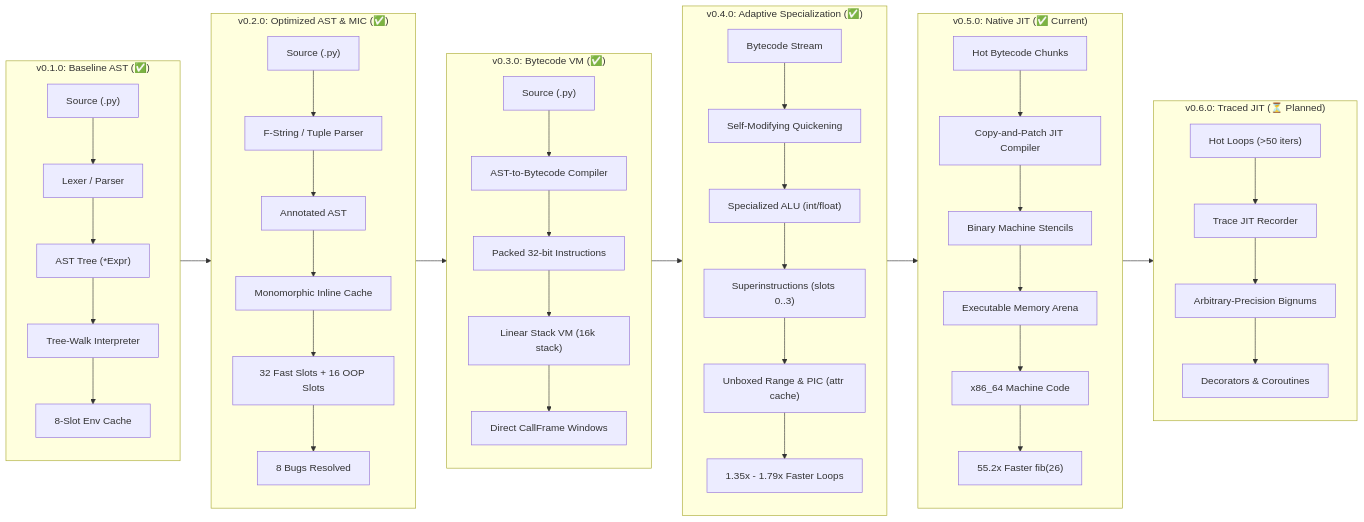
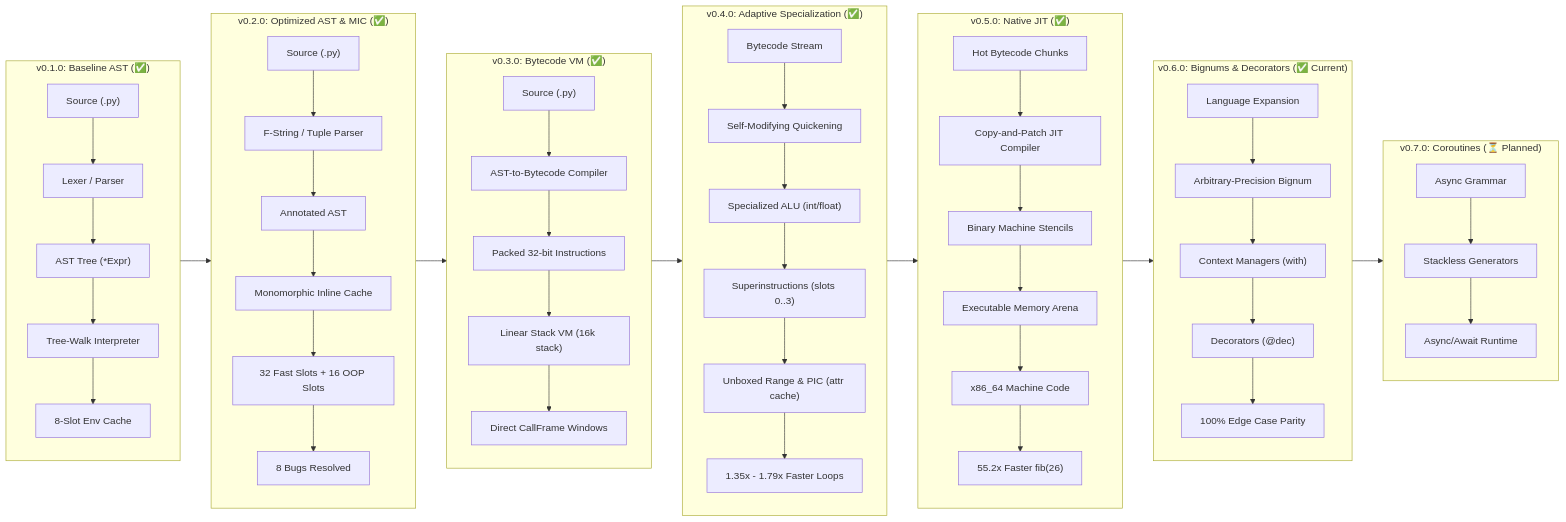
The diagram in developer_doc/README.md (babar-xagi/zython-), drawn with Mermaid before and after one commit. The commit also changed other lines of this file and 18 other files, not shown here.

Commit message:
feat(v0.6.0): implement Phase 6 Arbitrary-Precision Bignums, Context Managers and Decorators

````diff
--- a/developer_doc/README.md
+++ b/developer_doc/README.md
@@ -22,52 +23,59 @@
 ```mermaid
 flowchart LR
     subgraph Phase1 ["v0.1.0: Baseline AST (✅)"]
         A1["Source (.py)"] --> B1["Lexer / Parser"]
         B1 --> C1["AST Tree (*Expr)"]
         C1 --> D1["Tree-Walk Interpreter"]
         D1 --> E1["8-Slot Env Cache"]
     end
 
     subgraph Phase2 ["v0.2.0: Optimized AST & MIC (✅)"]
         A2["Source (.py)"] --> B2["F-String / Tuple Parser"]
         B2 --> C2["Annotated AST"]
         C2 --> D2["Monomorphic Inline Cache"]
         D2 --> E2["32 Fast Slots + 16 OOP Slots"]
         E2 --> F2["8 Bugs Resolved"]
     end
 
     subgraph Phase3 ["v0.3.0: Bytecode VM (✅)"]
         A3["Source (.py)"] --> B3["AST-to-Bytecode Compiler"]
         B3 --> C3["Packed 32-bit Instructions"]
         C3 --> D3["Linear Stack VM (16k stack)"]
         D3 --> E3["Direct CallFrame Windows"]
     end
 
     subgraph Phase4 ["v0.4.0: Adaptive Specialization (✅)"]
         A4["Bytecode Stream"] --> B4["Self-Modifying Quickening"]
         B4 --> C4["Specialized ALU (int/float)"]
         C4 --> D4["Superinstructions (slots 0..3)"]
         D4 --> E4["Unboxed Range & PIC (attr cache)"]
         E4 --> F4["1.35x - 1.79x Faster Loops"]
     end
 
-    subgraph Phase5 ["v0.5.0: Native JIT (✅ Current)"]
+    subgraph Phase5 ["v0.5.0: Native JIT (✅)"]
         A5["Hot Bytecode Chunks"] --> B5["Copy-and-Patch JIT Compiler"]
         B5 --> C5["Binary Machine Stencils"]
         C5 --> D5["Executable Memory Arena"]
         D5 --> E5["x86_64 Machine Code"]
         E5 --> F5["55.2x Faster fib(26)"]
     end
 
-    subgraph Phase6 ["v0.6.0: Traced JIT (⏳ Planned)"]
-        A6["Hot Loops (>50 iters)"] --> B6["Trace JIT Recorder"]
-        B6 --> C6["Arbitrary-Precision Bignums"]
-        C6 --> D6["Decorators & Coroutines"]
+    subgraph Phase6 ["v0.6.0: Bignums & Decorators (✅ Current)"]
+        A6["Language Expansion"] --> B6["Arbitrary-Precision Bignum"]
+        B6 --> C6["Context Managers (with)"]
+        C6 --> D6["Decorators (@dec)"]
+        D6 --> E6["100% Edge Case Parity"]
+    end
+
+    subgraph Phase7 ["v0.7.0: Coroutines (⏳ Planned)"]
+        A7["Async Grammar"] --> B7["Stackless Generators"]
+        B7 --> C7["Async/Await Runtime"]
     end
 
     Phase1 --> Phase2
     Phase2 --> Phase3
     Phase3 --> Phase4
     Phase4 --> Phase5
     Phase5 --> Phase6
+    Phase6 --> Phase7
 ```
````
